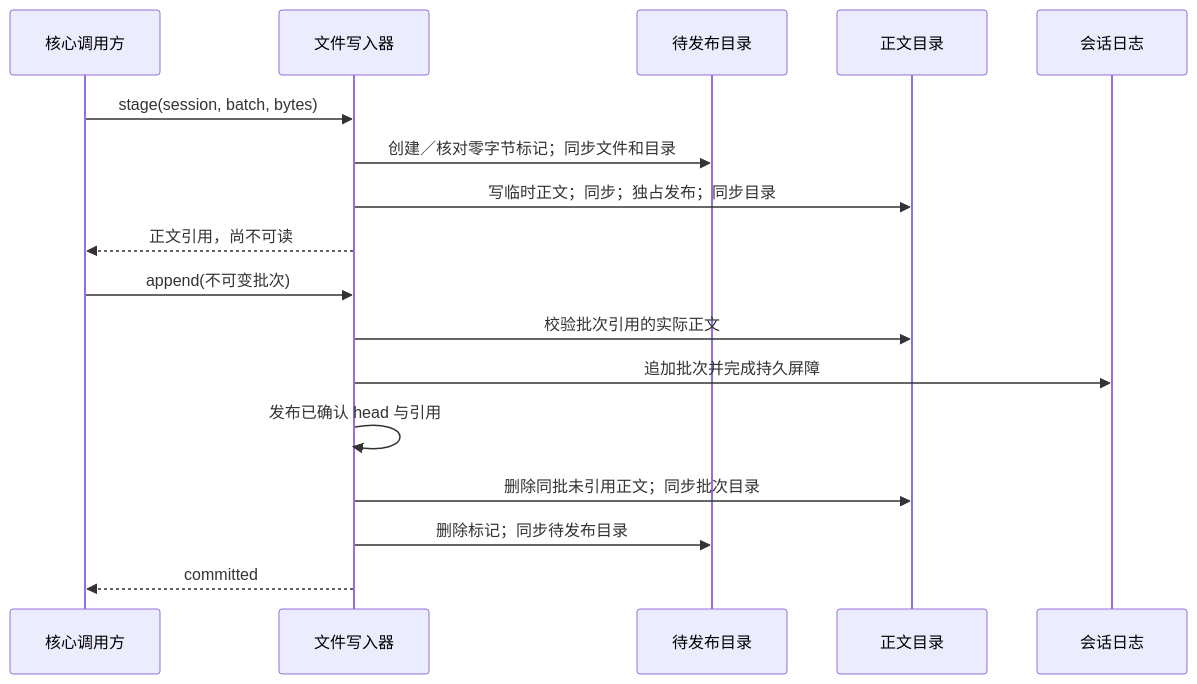
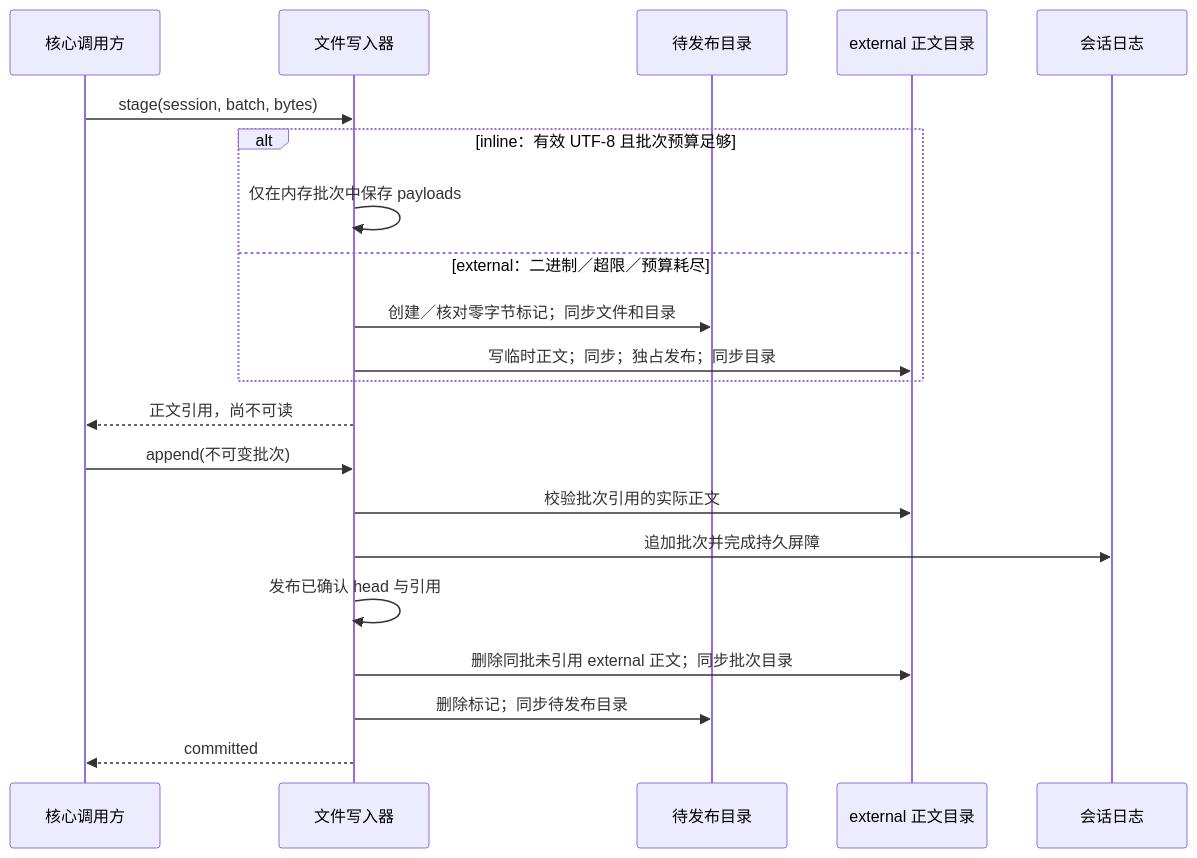
The second of 2 diagrams in docs/architecture/AGENT_PAYLOAD_RECOVERY.md (alwynou/mira), drawn with Mermaid before and after one commit. The commit also changed other lines of this file and 36 other files, not shown here.

First line of the commit message:
refactor(storage): inline payloads in append-only session journals

````diff
--- a/docs/architecture/AGENT_PAYLOAD_RECOVERY.md
+++ b/docs/architecture/AGENT_PAYLOAD_RECOVERY.md
@@ -31,19 +35,23 @@
 ```mermaid
 sequenceDiagram
     participant Caller as 核心调用方
     participant Writer as 文件写入器
     participant Pending as 待发布目录
-    participant Bodies as 正文目录
+    participant Bodies as external 正文目录
     participant Journal as 会话日志
     Caller->>Writer: stage(session, batch, bytes)
-    Writer->>Pending: 创建／核对零字节标记；同步文件和目录
-    Writer->>Bodies: 写临时正文；同步；独占发布；同步目录
+    alt inline：有效 UTF-8 且批次预算足够
+        Writer->>Writer: 仅在内存批次中保存 payloads
+    else external：二进制／超限／预算耗尽
+        Writer->>Pending: 创建／核对零字节标记；同步文件和目录
+        Writer->>Bodies: 写临时正文；同步；独占发布；同步目录
+    end
     Writer-->>Caller: 正文引用，尚不可读
     Caller->>Writer: append(不可变批次)
     Writer->>Bodies: 校验批次引用的实际正文
     Writer->>Journal: 追加批次并完成持久屏障
     Writer->>Writer: 发布已确认 head 与引用
-    Writer->>Bodies: 删除同批未引用正文；同步批次目录
+    Writer->>Bodies: 删除同批未引用 external 正文；同步批次目录
     Writer->>Pending: 删除标记；同步待发布目录
     Writer-->>Caller: committed
 ```
````
